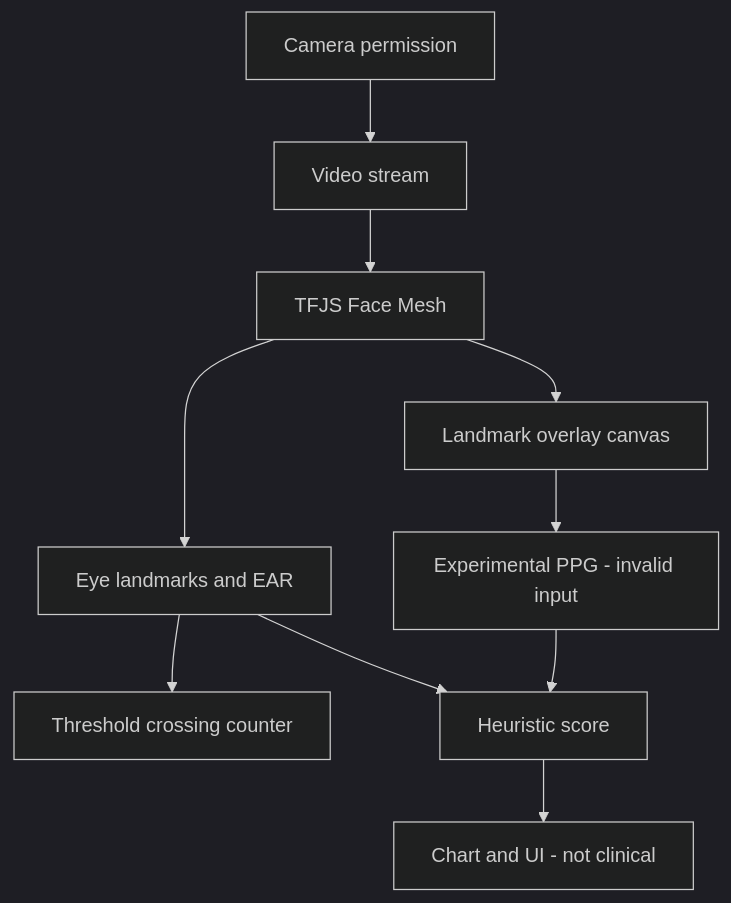
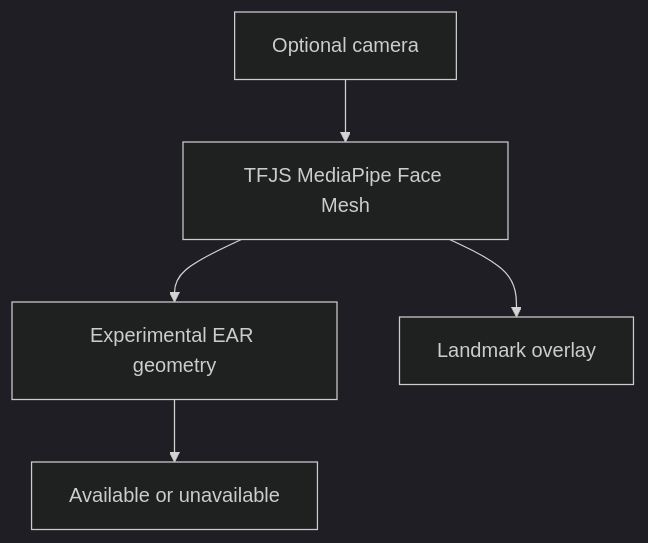
Before and after one commit to Nikoju1977/SCAN-BIOMEDICAL: the diagram in README.md, drawn with Mermaid (dark theme). The commit also changed other lines of this file, not shown here.

````diff
--- a/README.md
+++ b/README.md
@@ -46,12 +9,7 @@
 ```mermaid
 flowchart TD
-  A[Camera permission] --> B[Video stream]
-  B --> C[TFJS Face Mesh]
-  C --> D[Eye landmarks and EAR]
-  D --> E[Threshold crossing counter]
-  C --> F[Landmark overlay canvas]
-  F --> G[Experimental PPG - invalid input]
-  D --> H[Heuristic score]
-  G --> H
-  H --> I[Chart and UI - not clinical]
+ Cam[Optional camera] --> TF[TFJS MediaPipe Face Mesh]
+ TF --> Geometry[Experimental EAR geometry]
+ TF --> Canvas[Landmark overlay]
+ Geometry --> UI[Available or unavailable]
 ```
````
